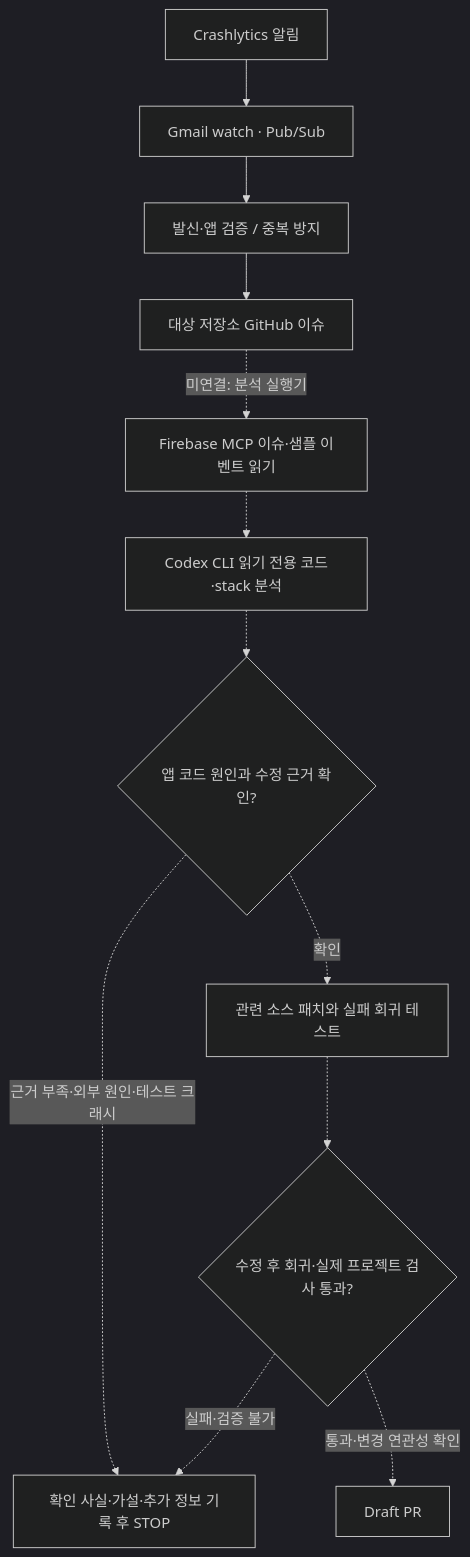
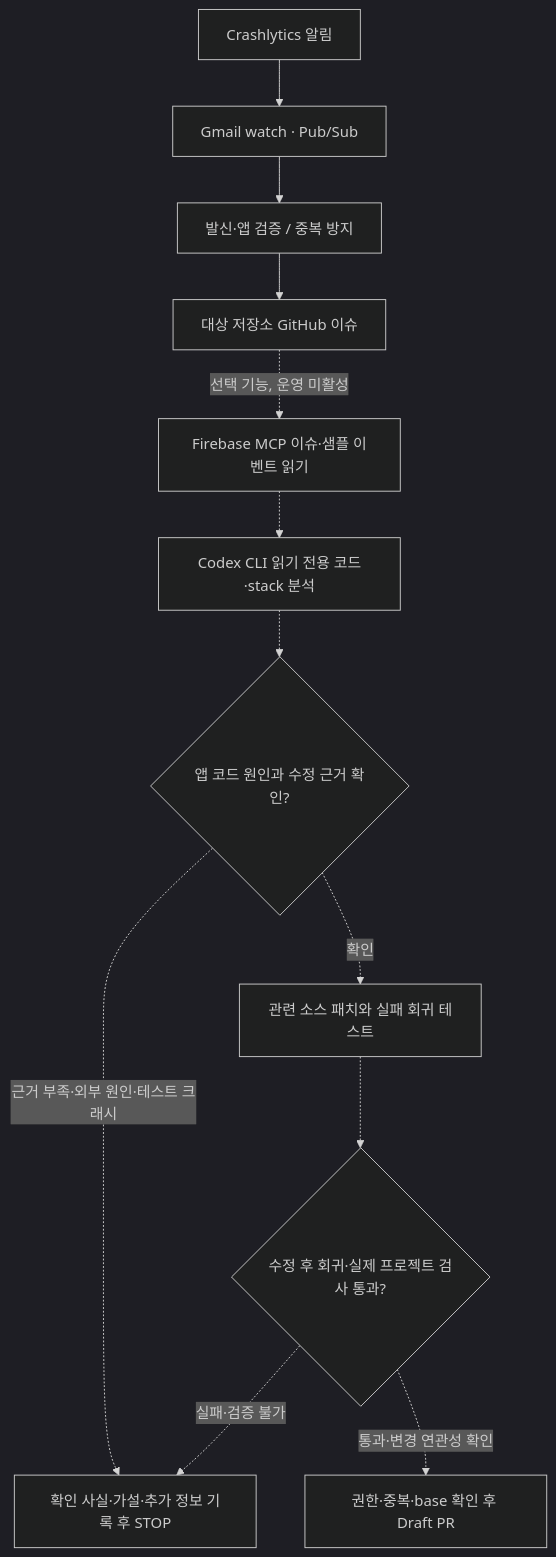
One commit to easyhooon/personal-crashlytics-bot changed the diagram in README.md. Above: the diagram before and after it, drawn with Mermaid (dark theme). The commit also changed other lines of this file and 9 other files, not shown here.

````diff
--- a/README.md
+++ b/README.md
@@ -19,14 +19,14 @@
 ```mermaid
 flowchart TD
     A[Crashlytics 알림] --> B[Gmail watch · Pub/Sub]
     B --> C[발신·앱 검증 / 중복 방지]
     C --> D[대상 저장소 GitHub 이슈]
-    D -. 미연결: 분석 실행기 .-> E[Firebase MCP 이슈·샘플 이벤트 읽기]
+    D -. 선택 기능, 운영 미활성 .-> E[Firebase MCP 이슈·샘플 이벤트 읽기]
     E -.-> F[Codex CLI 읽기 전용 코드·stack 분석]
     F -.-> G{앱 코드 원인과 수정 근거 확인?}
     G -. 근거 부족·외부 원인·테스트 크래시 .-> S[확인 사실·가설·추가 정보 기록 후 STOP]
     G -. 확인 .-> H[관련 소스 패치와 실패 회귀 테스트]
     H -.-> I{수정 후 회귀·실제 프로젝트 검사 통과?}
     I -. 실패·검증 불가 .-> S
-    I -. 통과·변경 연관성 확인 .-> J[Draft PR]
+    I -. 통과·변경 연관성 확인 .-> J[권한·중복·base 확인 후 Draft PR]
 ```
````
